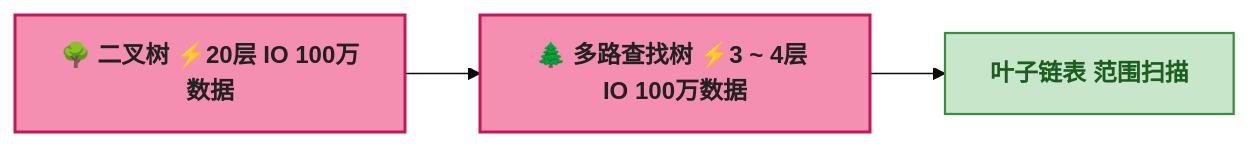
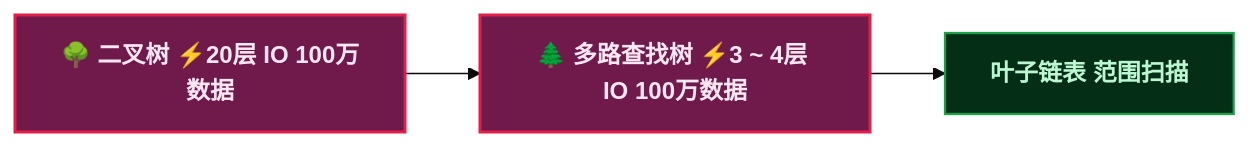
One commit to yaocat55/yaocat55.github.io changed the first of 3 diagrams in content/posts/mysql/MysqlBplusTreeIndexSystem.md. Above: the diagram before and after it, drawn with Mermaid (base theme). The commit also changed other lines of this file and 155 other files, not shown here.

````diff
--- a/content/posts/mysql/MysqlBplusTreeIndexSystem.md
+++ b/content/posts/mysql/MysqlBplusTreeIndexSystem.md
@@ -43,12 +43,12 @@
 ```mermaid
 flowchart LR
     root1["🌳 二叉树 ⚡20层 IO 100万数据"] --> root2["🌲 多路查找树 ⚡3 ~ 4层 IO 100万数据"]
     root2 --> leaf["叶子链表 范围扫描"]
 
-    classDef startEnd fill:#F48FB1,stroke:#C2185B,stroke-width:2px,color:#212121,font-weight:bold
-    classDef process fill:#F5F5F5,stroke:#9E9E9E,stroke-width:1.5px,color:#212121
-    classDef leaf fill:#C8E6C9,stroke:#388E3C,stroke-width:1.5px,color:#1B5E20,font-weight:bold
+classDef startEnd fill:#701a4c,stroke:#e11d48,stroke-width:2px,color:#fce7f3,font-weight:bold;
+classDef process fill:#1e1e24,stroke:#6b7280,stroke-width:1.5px,color:#e5e7eb;
+classDef leaf fill:#052e16,stroke:#16a34a,stroke-width:1.5px,color:#bbf7d0,font-weight:bold;
 
     class root1,root2 startEnd
     class leaf leaf
 ```
````
